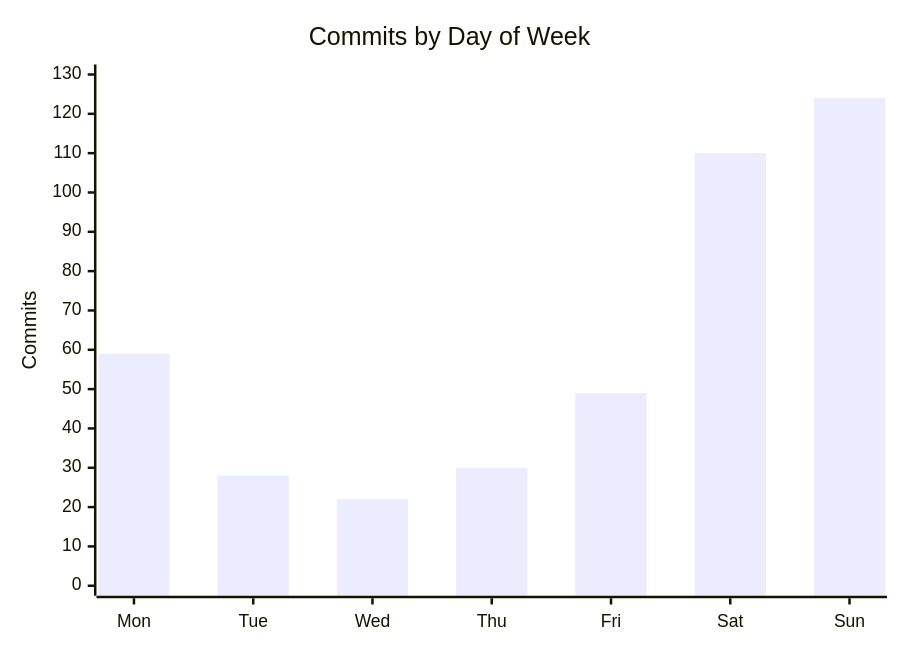
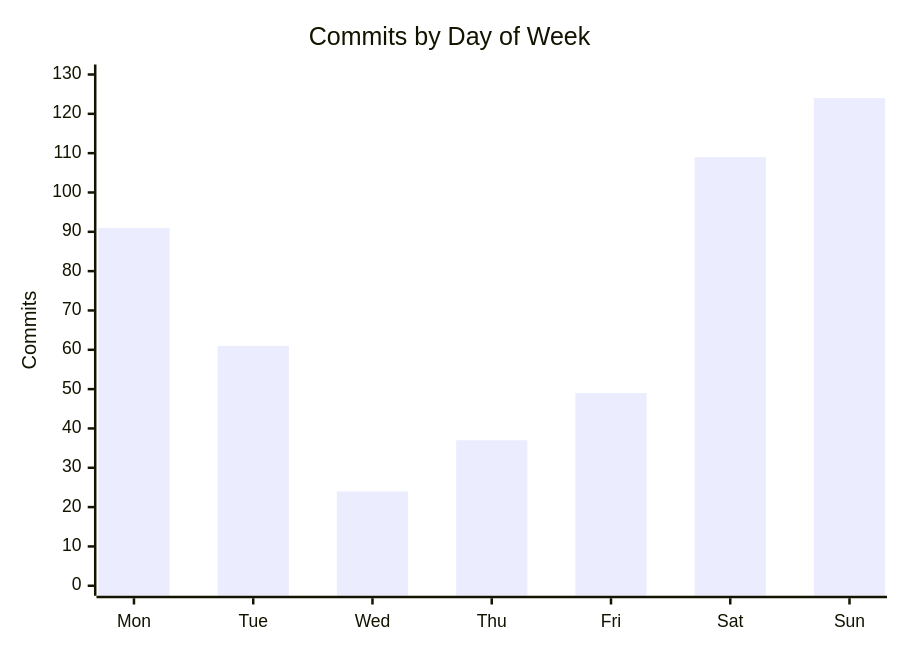
One commit to fusion94/fusion94 changed the second of 4 diagrams in code-stats.md. Above: the diagram before and after it, drawn with Mermaid. The commit also changed other lines of this file and 1 other file, not shown here.

````diff
--- a/code-stats.md
+++ b/code-stats.md
@@ -89,7 +89,7 @@
 ```mermaid
 xychart-beta
     title "Commits by Day of Week"
     x-axis ["Mon", "Tue", "Wed", "Thu", "Fri", "Sat", "Sun"]
     y-axis "Commits" 0 --> 130
-    bar [59, 28, 22, 30, 49, 110, 124]
+    bar [91, 61, 24, 37, 49, 109, 124]
 ```
````
